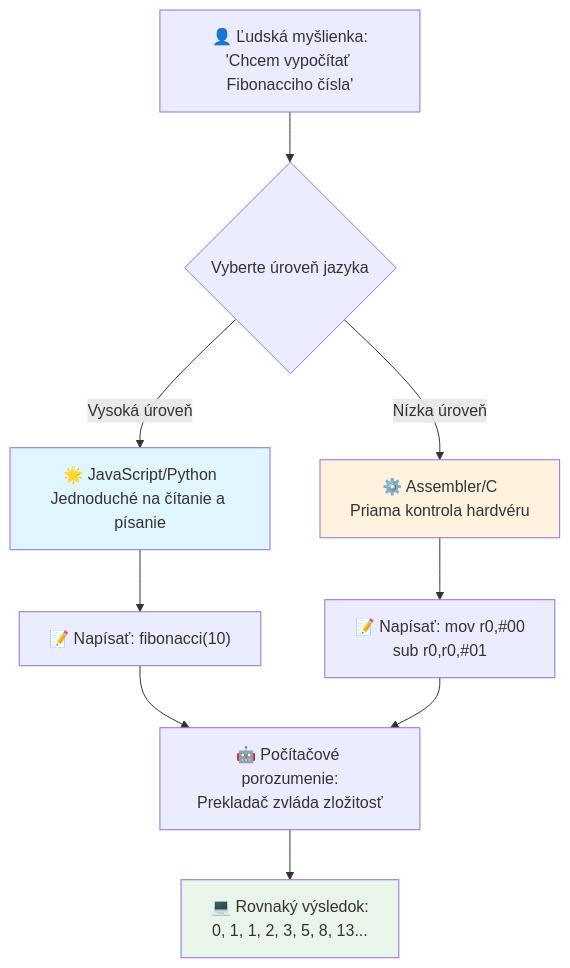
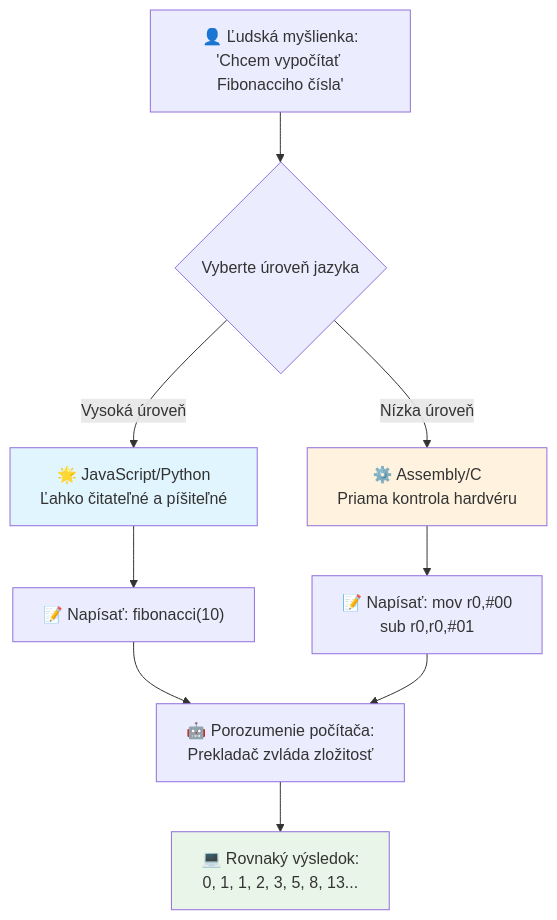
One commit to microsoft/Web-Dev-For-Beginners changed the third of 7 diagrams in translations/sk/1-getting-started-lessons/1-intro-to-programming-languages/README.md. Above: the diagram before and after it, drawn with Mermaid. The commit also changed other lines of this file and 11 other files, not shown here.

````diff
--- a/translations/sk/1-getting-started-lessons/1-intro-to-programming-languages/README.md
+++ b/translations/sk/1-getting-started-lessons/1-intro-to-programming-languages/README.md
@@ -148,19 +148,19 @@
 ```mermaid
 flowchart TB
     A["👤 Ľudská myšlienka:<br/>'Chcem vypočítať Fibonacciho čísla'"] --> B{Vyberte úroveň jazyka}
     
-    B -->|Vysoká úroveň| C["🌟 JavaScript/Python<br/>Jednoduché na čítanie a písanie"]
-    B -->|Nízka úroveň| D["⚙️ Assembler/C<br/>Priama kontrola hardvéru"]
+    B -->|Vysoká úroveň| C["🌟 JavaScript/Python<br/>Ľahko čitateľné a píšiteľné"]
+    B -->|Nízka úroveň| D["⚙️ Assembly/C<br/>Priama kontrola hardvéru"]
     
     C --> E["📝 Napísať: fibonacci(10)"]
     D --> F["📝 Napísať: mov r0,#00<br/>sub r0,r0,#01"]
     
-    E --> G["🤖 Počítačové porozumenie:<br/>Prekladač zvláda zložitosť"]
+    E --> G["🤖 Porozumenie počítača:<br/>Prekladač zvláda zložitosť"]
     F --> G
     
     G --> H["💻 Rovnaký výsledok:<br/>0, 1, 1, 2, 3, 5, 8, 13..."]
     
     style C fill:#e1f5fe
     style D fill:#fff3e0
     style H fill:#e8f5e8
 ```
````
